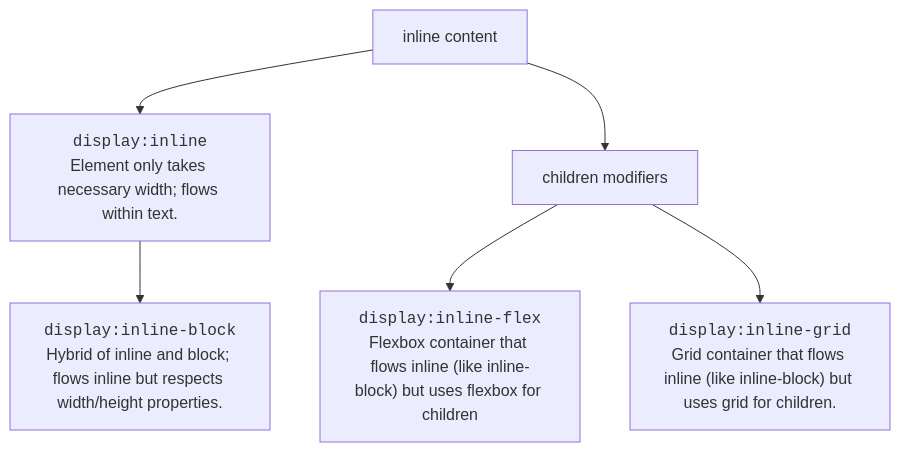
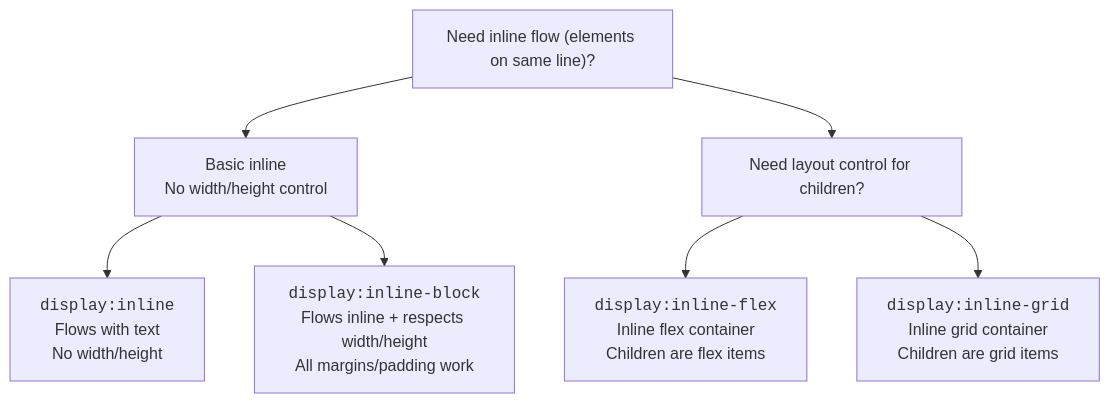
Before and after one commit to MaxwellCohen/cheat-sheets: the fourth of 5 diagrams in css/dispay.md, drawn with Mermaid. The commit also changed other lines of this file, not shown here.

First line of the commit message:
Enhance CSS display properties documentation with detailed explanations and examples

````diff
--- a/css/dispay.md
+++ b/css/dispay.md
@@ -63,16 +61,16 @@
 ```mermaid
 graph TB;
-    B["` inline content`"]
-    B --> B1["` <code>display:inline</code>
-    Element only takes necessary width; flows within text. 
-    `"]
-    B1 --> B11["` <code>display:inline-block</code>
-    Hybrid of inline and block; flows inline but respects width/height properties.`"]
-    B --> B2["` children modifiers`"]
-    B2 --> B21["` <code>display:inline-flex</code>
-    Flexbox container that flows inline (like inline-block) but uses flexbox for children
-    `"]
-    B2 --> B22["` <code>display:inline-grid</code>
-    Grid container that flows inline (like inline-block) but uses grid for children.
-    `"]
+    B["` Need inline flow (elements on same line)?`"]
+    B1["` Basic inline<br/>No width/height control`"]
+    B2["` Need layout control for children?`"]
+    B11["` <code>display:inline</code><br/>Flows with text<br/>No width/height`"]
+    B12["` <code>display:inline-block</code><br/>Flows inline + respects width/height<br/>All margins/padding work`"]
+    B21["` <code>display:inline-flex</code><br/>Inline flex container<br/>Children are flex items`"]
+    B22["` <code>display:inline-grid</code><br/>Inline grid container<br/>Children are grid items`"]
+    B --> B1
+    B --> B2
+    B1 --> B11
+    B1 --> B12
+    B2 --> B21
+    B2 --> B22
 ```
````
